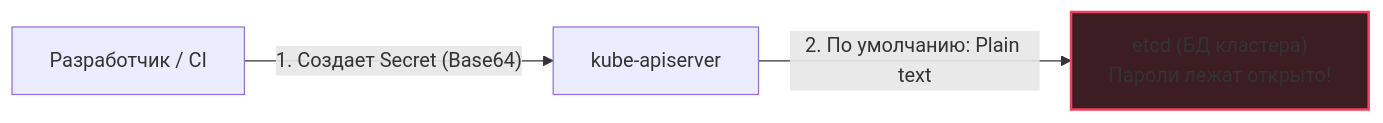
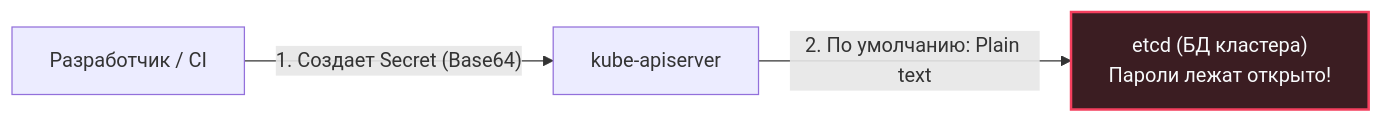
One commit to UnrealTemplier/go-textbook changed the third of 3 diagrams in sources/14. Распределенные системы на Go/07. Kubernetes и деплой/4. ConfigMap и Secret.md. Above: the diagram before and after it, drawn with Mermaid. The commit also changed 310 other files, not shown here.

First line of the commit message:
fix(mermaid): replace light fill colors with dark palette for readability on dark theme

````diff
--- a/sources/14. Распределенные системы на Go/07. Kubernetes и деплой/4. ConfigMap и Secret.md
+++ b/sources/14. Распределенные системы на Go/07. Kubernetes и деплой/4. ConfigMap и Secret.md
@@ -328,7 +328,7 @@
 ```mermaid
 flowchart LR
     Dev["Разработчик / CI"] -->|"1. Создает Secret (Base64)"| API["kube-apiserver"]
     API -->|"2. По умолчанию: Plain text"| Etcd["etcd (БД кластера)\nПароли лежат открыто!"]
     
-    style Etcd fill:#3b1d22,stroke:#f43f5e,stroke-width:2px
+    style Etcd fill:#3b1d22,stroke:#f43f5e,stroke-width:2px,color:#f8fafc
 ```
````
